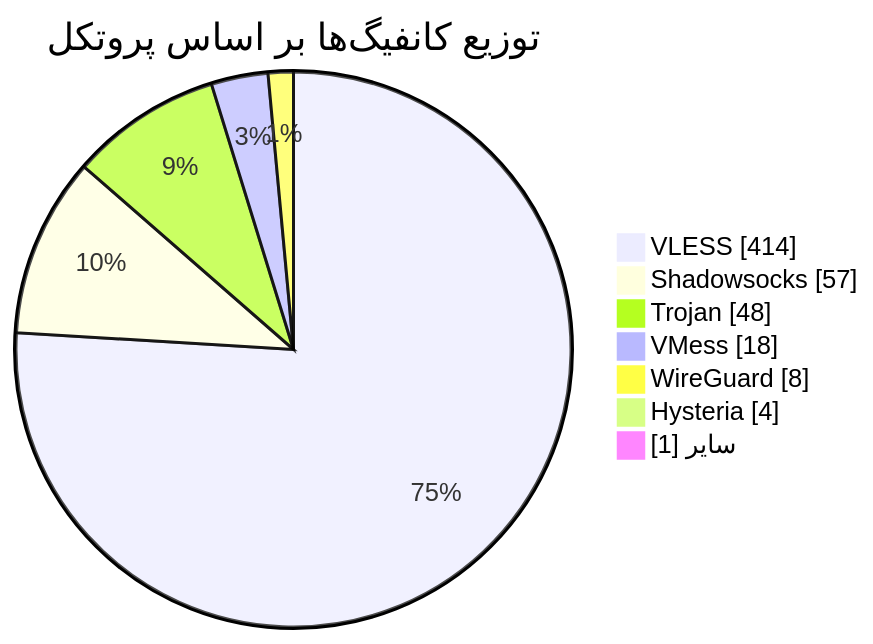
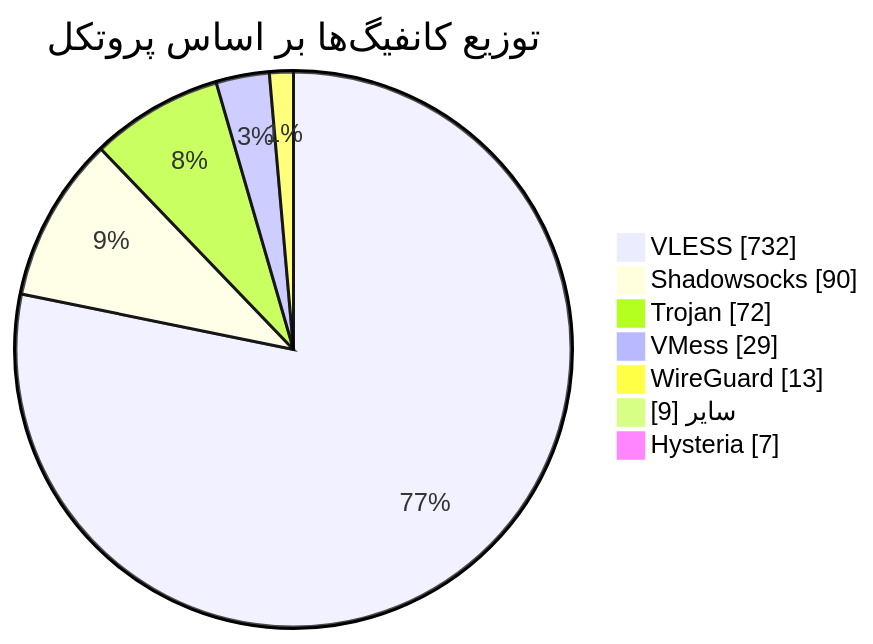
One commit to Arian-Alijani/Somthing changed the diagram in README.md. Above: the diagram before and after it, drawn with Mermaid. The commit also changed other lines of this file and 21 other files, not shown here.

````diff
--- a/README.md
+++ b/README.md
@@ -49,11 +49,11 @@
 ```mermaid
 pie showData
     title توزیع کانفیگ‌ها بر اساس پروتکل
-    "VLESS" : 414
-    "Shadowsocks" : 57
-    "Trojan" : 48
-    "VMess" : 18
-    "WireGuard" : 8
-    "Hysteria" : 4
-    "سایر" : 1
+    "VLESS" : 732
+    "Shadowsocks" : 90
+    "Trojan" : 72
+    "VMess" : 29
+    "WireGuard" : 13
+    "سایر" : 9
+    "Hysteria" : 7
 ```
````
